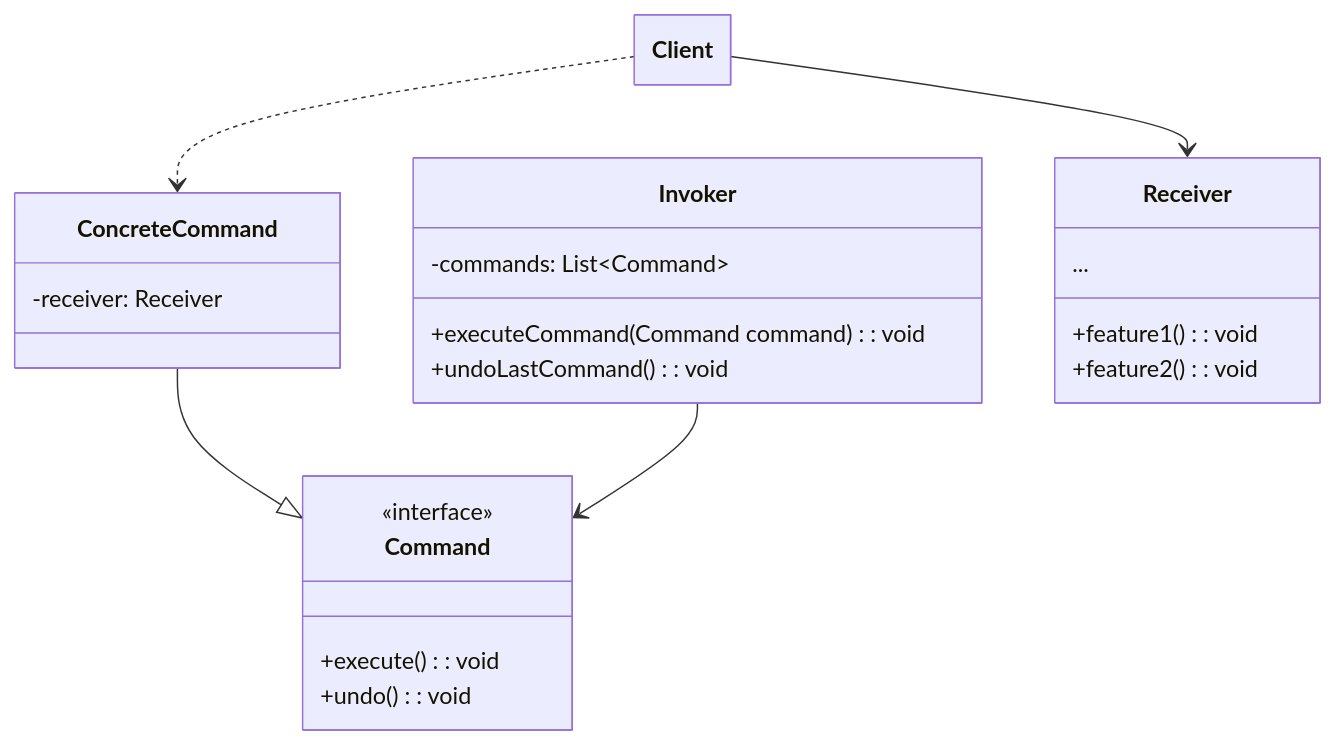
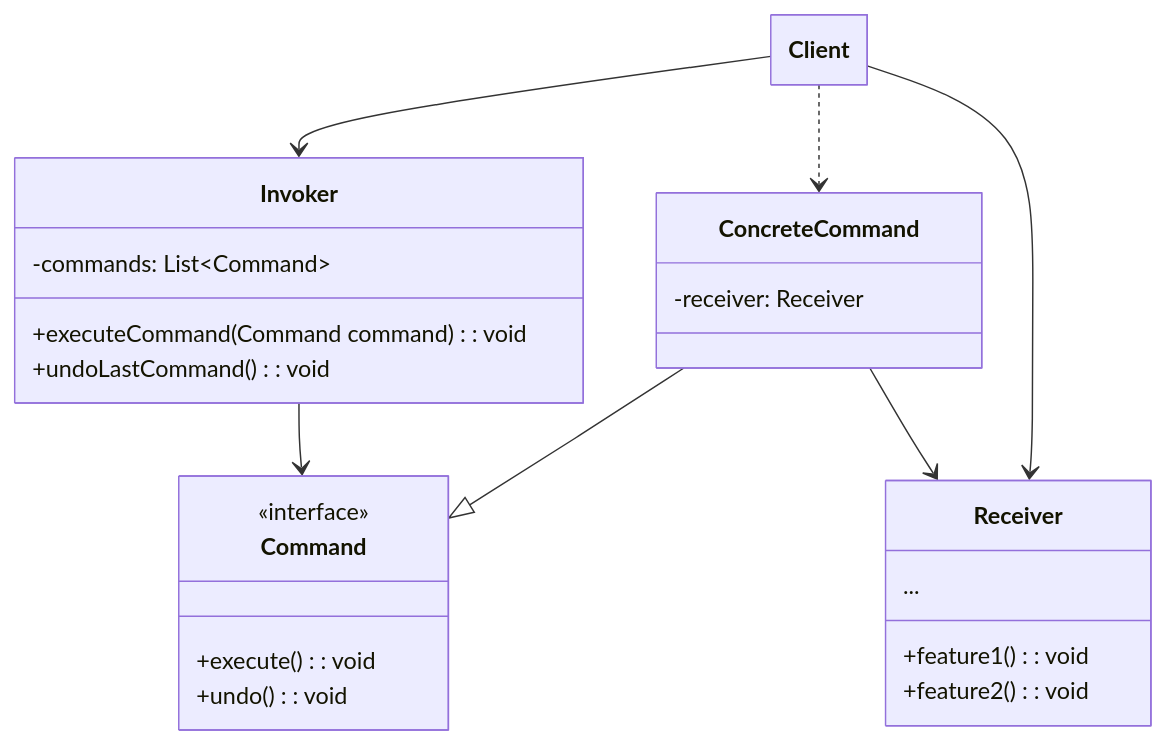
The diagram in docs/software-design/command-pattern.md (mr-alloc/alloc.io), drawn with Mermaid before and after one commit. The commit also changed other lines of this file, not shown here.

Commit message:
post: role and responsibility of key components in command pattern.

````diff
--- a/docs/software-design/command-pattern.md
+++ b/docs/software-design/command-pattern.md
@@ -27,33 +27,35 @@
 ```mermaid
 ---
 config:
     class:
         hideEmptyMembersBox: true
 ---
 classDiagram
     class Command {
         <<interface>>
         +execute(): void
         +undo(): void
     }
     class ConcreteCommand {
         -receiver: Receiver
     }    
     class Invoker {
         -commands: List~Command~
         +executeCommand(Command command): void
         +undoLastCommand(): void
     }
     class Receiver {
         ...
         +feature1(): void
         +feature2(): void
     }
     class Client {
         
     }
     ConcreteCommand --|> Command
     Invoker --> Command
     Client ..> ConcreteCommand
     Client --> Receiver
+    Client --> Invoker
+    ConcreteCommand --> Receiver
 ```
````
